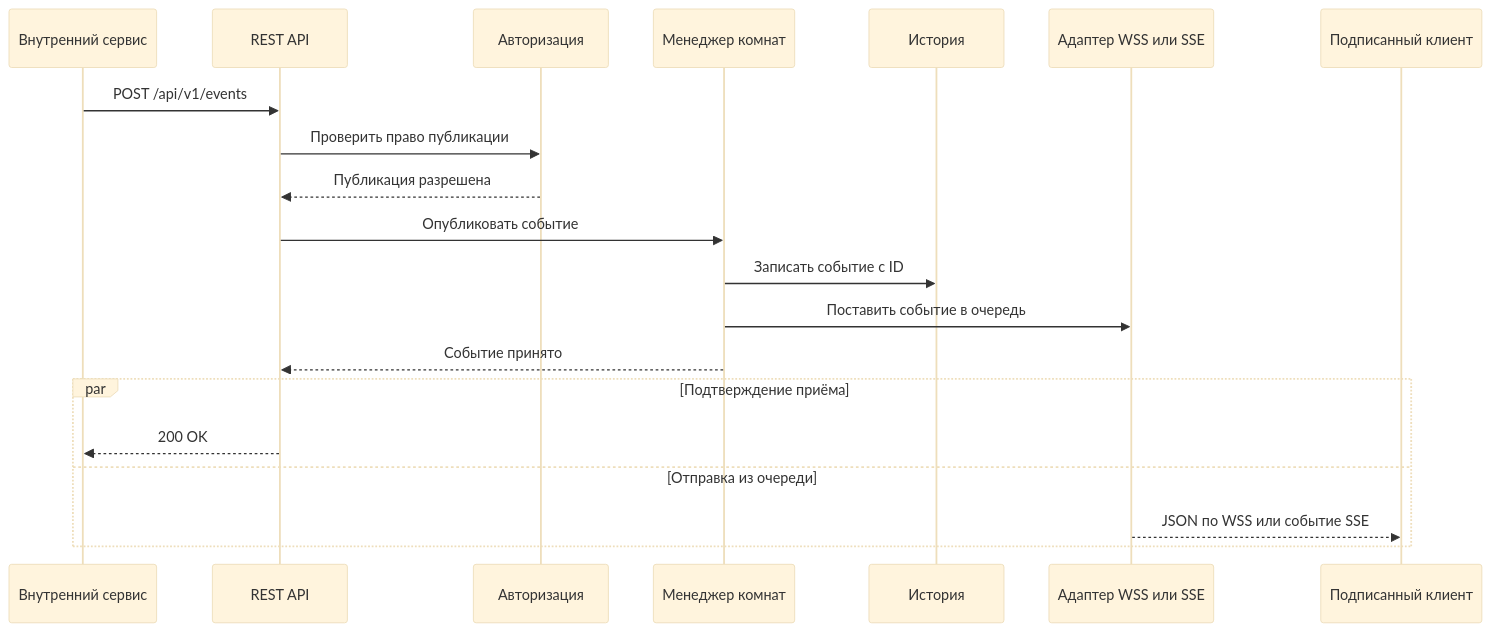
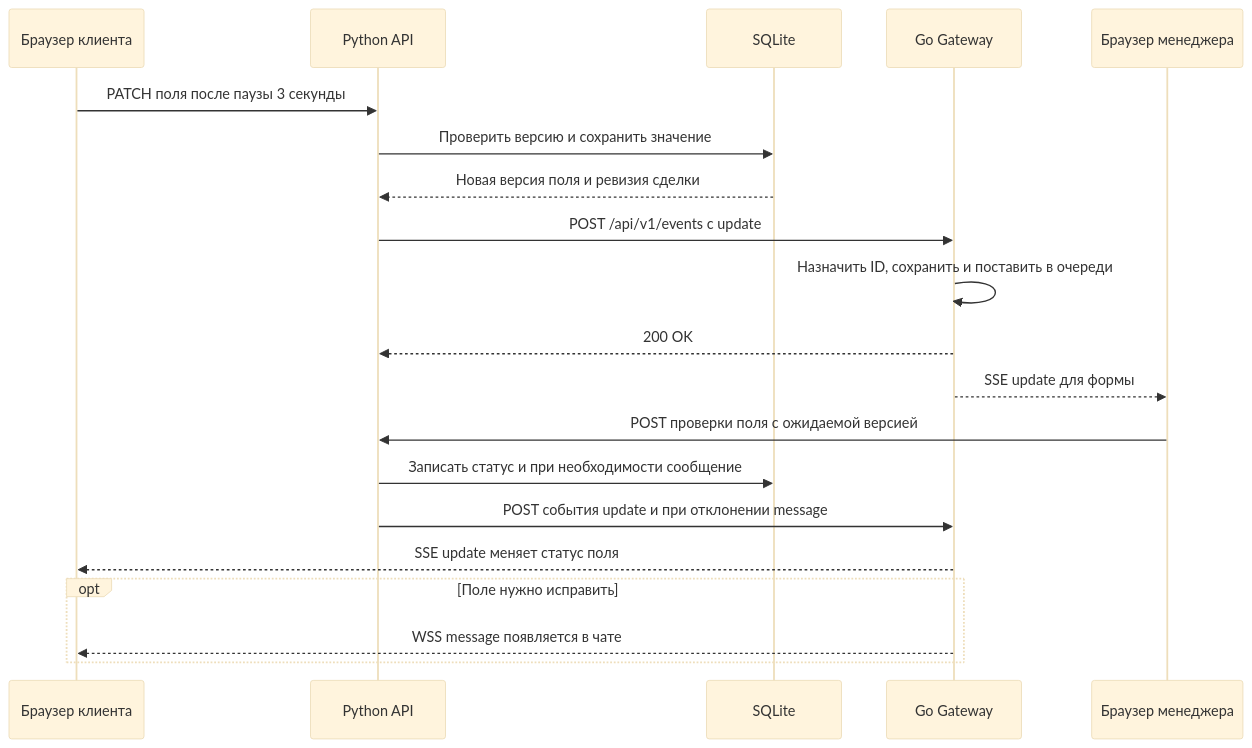
Before and after one commit to strategic-bomber/Real-time-Gateway: the second of 2 diagrams in realtime-gateway-architecture.md, drawn with Mermaid (base theme). The commit also changed other lines of this file and 1 other file, not shown here.

Commit message:
docs: уточнить архитектуру Gateway для демо сделки

````diff
--- a/realtime-gateway-architecture.md
+++ b/realtime-gateway-architecture.md
@@ -57,22 +126,23 @@
 ```mermaid
 sequenceDiagram
-    participant P as Внутренний сервис
-    participant A as REST API
-    participant U as Авторизация
-    participant R as Менеджер комнат
-    participant H as История
-    participant T as Адаптер WSS или SSE
-    participant C as Подписанный клиент
-    P->>A: POST /api/v1/events
-    A->>U: Проверить право публикации
-    U-->>A: Публикация разрешена
-    A->>R: Опубликовать событие
-    R->>H: Записать событие с ID
-    R->>T: Поставить событие в очередь
-    R-->>A: Событие принято
-    par Подтверждение приёма
-        A-->>P: 200 OK
-    and Отправка из очереди
-        T-->>C: JSON по WSS или событие SSE
+    participant C as Браузер клиента
+    participant P as Python API
+    participant D as SQLite
+    participant G as Go Gateway
+    participant M as Браузер менеджера
+
+    C->>P: PATCH поля после паузы 3 секунды
+    P->>D: Проверить версию и сохранить значение
+    D-->>P: Новая версия поля и ревизия сделки
+    P->>G: POST /api/v1/events с update
+    G->>G: Назначить ID, сохранить и поставить в очереди
+    G-->>P: 200 OK
+    G-->>M: SSE update для формы
+    M->>P: POST проверки поля с ожидаемой версией
+    P->>D: Записать статус и при необходимости сообщение
+    P->>G: POST события update и при отклонении message
+    G-->>C: SSE update меняет статус поля
+    opt Поле нужно исправить
+        G-->>C: WSS message появляется в чате
     end
 ```
````
